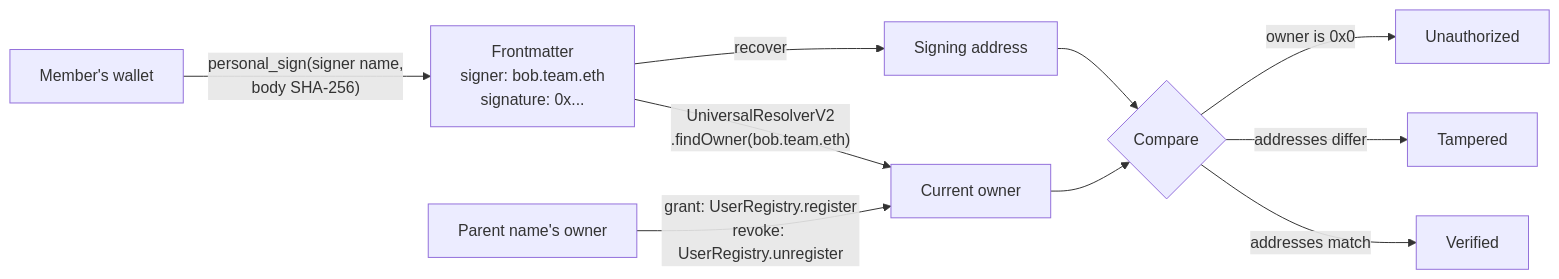
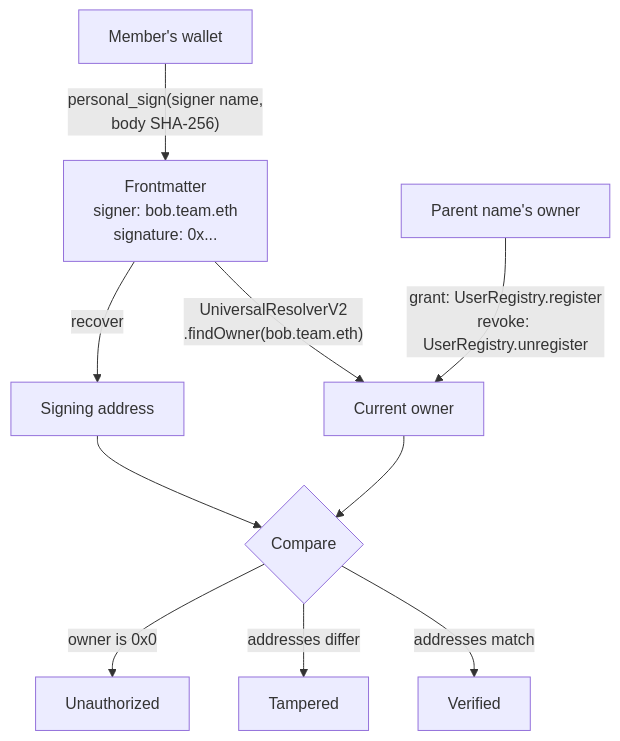
The diagram in README.md (capsulizers/md-ens-signature), drawn with Mermaid before and after one commit.

Commit message:
Draw the verification flow top to bottom

````diff
--- a/README.md
+++ b/README.md
@@ -65,12 +65,12 @@
 ```mermaid
-flowchart LR
+flowchart TD
   W["Member's wallet"] -- "personal_sign(signer name,<br/>body SHA-256)" --> F["Frontmatter<br/>signer: bob.team.eth<br/>signature: 0x..."]
   F -- "recover" --> A["Signing address"]
   F -- "UniversalResolverV2<br/>.findOwner(bob.team.eth)" --> O["Current owner"]
   A --> C{"Compare"}
   O --> C
   C -- "owner is 0x0" --> U["Unauthorized"]
   C -- "addresses differ" --> T["Tampered"]
   C -- "addresses match" --> V["Verified"]
   P["Parent name's owner"] -- "grant: UserRegistry.register<br/>revoke: UserRegistry.unregister" --> O
 ```
````
